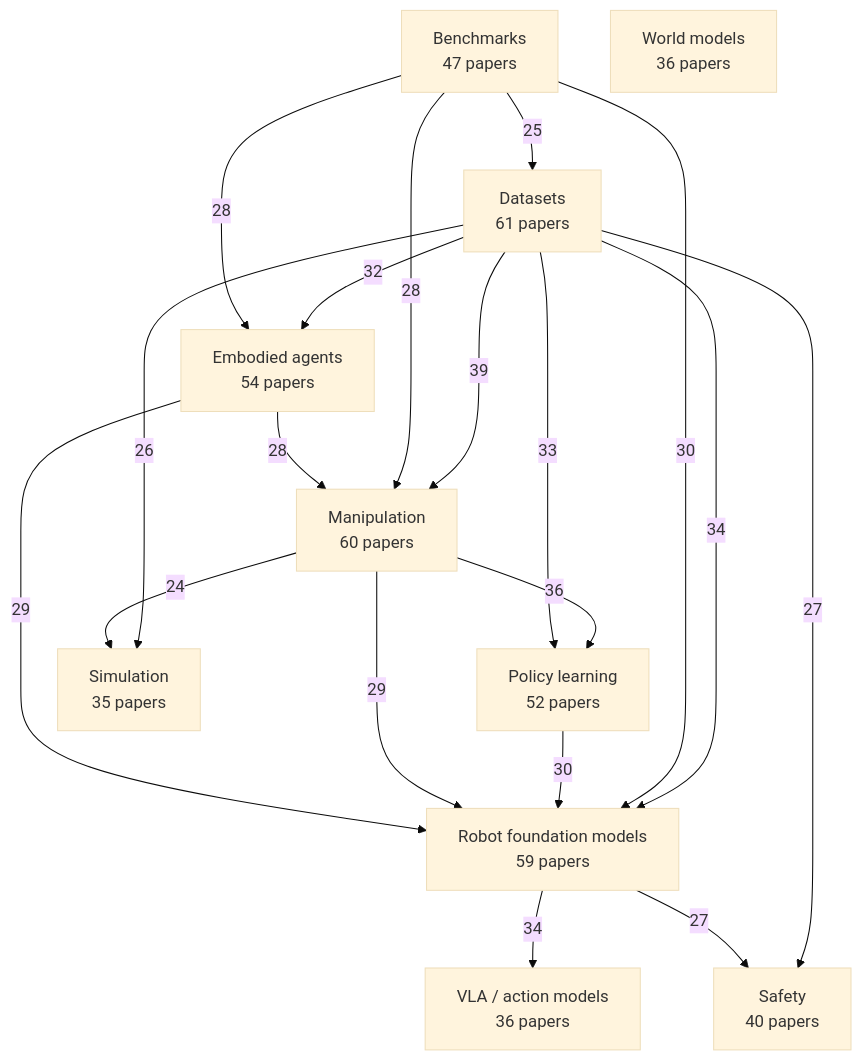
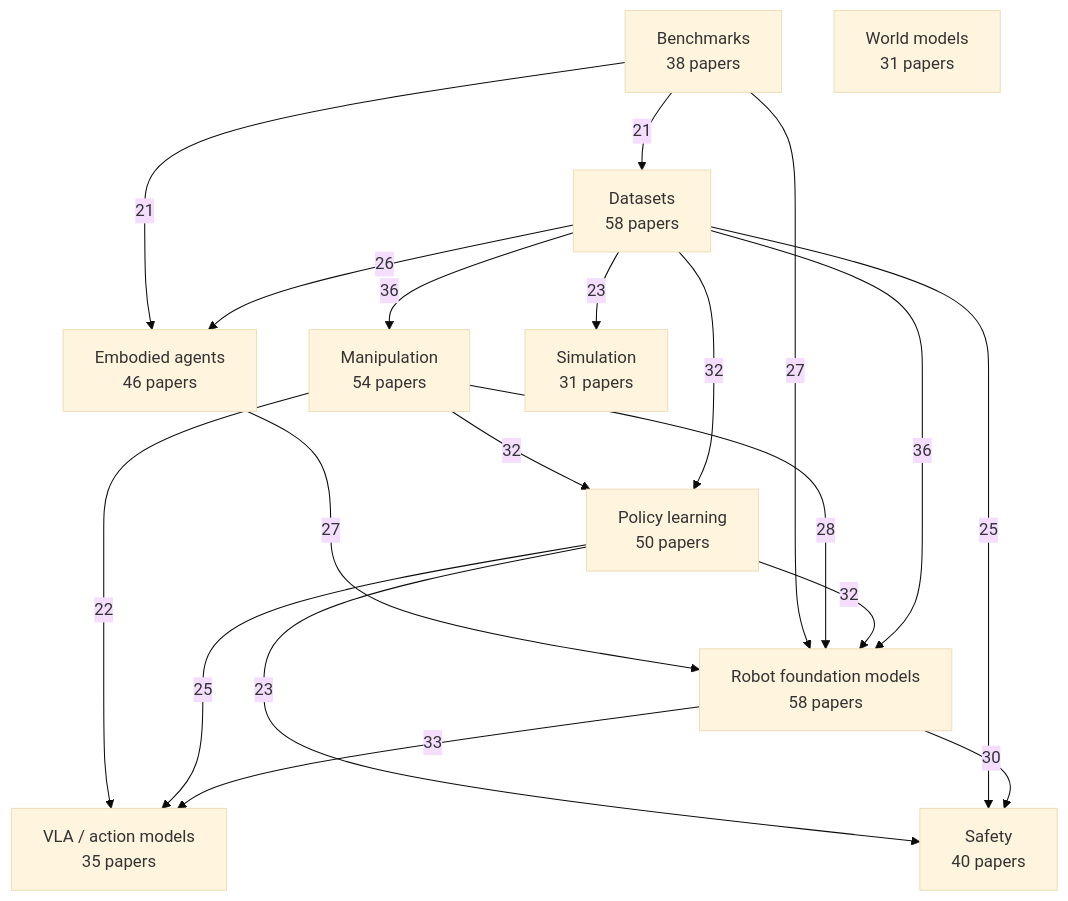
Before and after one commit to EvanLyu732/cursor: the diagram in README.md, drawn with Mermaid (base theme). The commit also changed other lines of this file, not shown here.

Commit message:
docs: update papers for june 25

````diff
--- a/README.md
+++ b/README.md
@@ -32,31 +32,31 @@
 ```mermaid
 graph TD
-  idea_datasets["Datasets<br/>61 papers"]
-  idea_manipulation["Manipulation<br/>60 papers"]
-  idea_robot_foundation_models["Robot foundation models<br/>59 papers"]
-  idea_embodied_agents["Embodied agents<br/>54 papers"]
-  idea_policy_learning["Policy learning<br/>52 papers"]
-  idea_benchmarks["Benchmarks<br/>47 papers"]
+  idea_datasets["Datasets<br/>58 papers"]
+  idea_robot_foundation_models["Robot foundation models<br/>58 papers"]
+  idea_manipulation["Manipulation<br/>54 papers"]
+  idea_policy_learning["Policy learning<br/>50 papers"]
+  idea_embodied_agents["Embodied agents<br/>46 papers"]
   idea_safety["Safety<br/>40 papers"]
-  idea_world_models["World models<br/>36 papers"]
-  idea_vla_action_models["VLA / action models<br/>36 papers"]
-  idea_simulation["Simulation<br/>35 papers"]
-  idea_datasets -- 39 --> idea_manipulation
-  idea_manipulation -- 36 --> idea_policy_learning
-  idea_datasets -- 34 --> idea_robot_foundation_models
-  idea_robot_foundation_models -- 34 --> idea_vla_action_models
-  idea_datasets -- 33 --> idea_policy_learning
-  idea_datasets -- 32 --> idea_embodied_agents
-  idea_benchmarks -- 30 --> idea_robot_foundation_models
-  idea_policy_learning -- 30 --> idea_robot_foundation_models
-  idea_manipulation -- 29 --> idea_robot_foundation_models
-  idea_embodied_agents -- 29 --> idea_robot_foundation_models
-  idea_benchmarks -- 28 --> idea_manipulation
-  idea_benchmarks -- 28 --> idea_embodied_agents
-  idea_embodied_agents -- 28 --> idea_manipulation
-  idea_datasets -- 27 --> idea_safety
-  idea_robot_foundation_models -- 27 --> idea_safety
-  idea_datasets -- 26 --> idea_simulation
-  idea_benchmarks -- 25 --> idea_datasets
-  idea_manipulation -- 24 --> idea_simulation
+  idea_benchmarks["Benchmarks<br/>38 papers"]
+  idea_vla_action_models["VLA / action models<br/>35 papers"]
+  idea_simulation["Simulation<br/>31 papers"]
+  idea_world_models["World models<br/>31 papers"]
+  idea_datasets -- 36 --> idea_manipulation
+  idea_datasets -- 36 --> idea_robot_foundation_models
+  idea_robot_foundation_models -- 33 --> idea_vla_action_models
+  idea_datasets -- 32 --> idea_policy_learning
+  idea_manipulation -- 32 --> idea_policy_learning
+  idea_policy_learning -- 32 --> idea_robot_foundation_models
+  idea_robot_foundation_models -- 30 --> idea_safety
+  idea_manipulation -- 28 --> idea_robot_foundation_models
+  idea_benchmarks -- 27 --> idea_robot_foundation_models
+  idea_embodied_agents -- 27 --> idea_robot_foundation_models
+  idea_datasets -- 26 --> idea_embodied_agents
+  idea_datasets -- 25 --> idea_safety
+  idea_policy_learning -- 25 --> idea_vla_action_models
+  idea_datasets -- 23 --> idea_simulation
+  idea_policy_learning -- 23 --> idea_safety
+  idea_manipulation -- 22 --> idea_vla_action_models
+  idea_benchmarks -- 21 --> idea_datasets
+  idea_benchmarks -- 21 --> idea_embodied_agents
 ```
````
